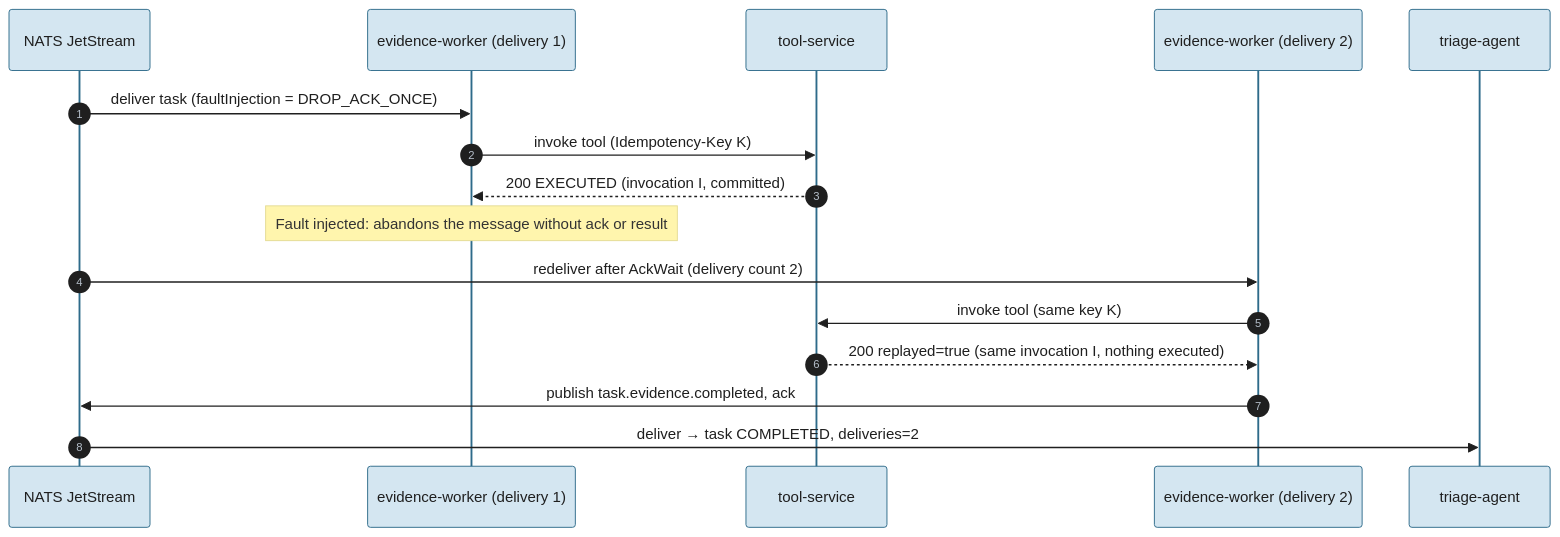
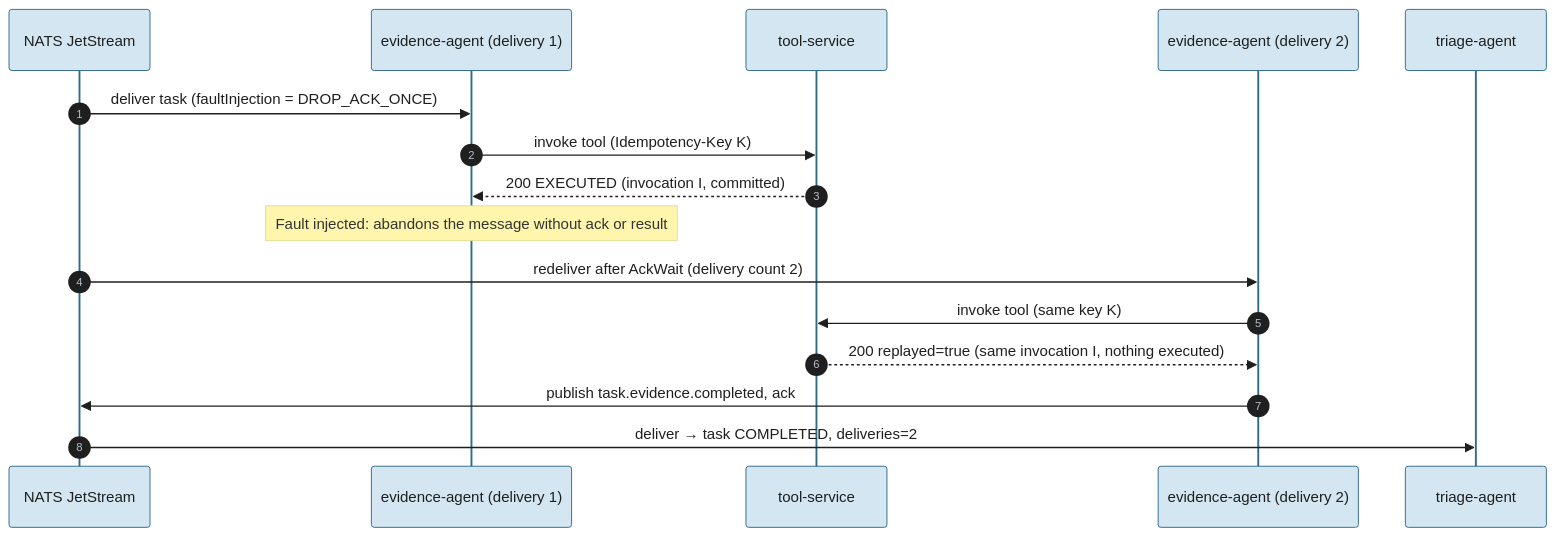
The sixth of 7 diagrams in docs/architecture.md (danieloh30/many-agents-one-platform), drawn with Mermaid before and after one commit. The commit also changed other lines of this file and 81 other files, not shown here.

First line of the commit message:
Rename evidence-worker to evidence-agent

````diff
--- a/docs/architecture.md
+++ b/docs/architecture.md
@@ -318,20 +318,20 @@
 ```mermaid
 %%{init: {"look":"handDrawn","theme":"base","themeVariables":{"darkMode":false,"background":"#FFFCF5","primaryColor":"#D4E6F1","primaryBorderColor":"#2E6B8A","primaryTextColor":"#1F1F1F","secondaryColor":"#D8F0D8","secondaryTextColor":"#1F1F1F","tertiaryColor":"#E8DCC4","tertiaryTextColor":"#1F1F1F","textColor":"#1F1F1F","lineColor":"#4A4035","edgeLabelBackground":"#FFFCF5","clusterBkg":"#F5F5F0","clusterBorder":"#6B5B45","fontSize":"16px"},"flowchart":{"nodeSpacing":35,"rankSpacing":55,"padding":18,"curve":"basis"}}}%%
 sequenceDiagram
   autonumber
   participant N as NATS JetStream
-  participant E1 as evidence-worker (delivery 1)
+  participant E1 as evidence-agent (delivery 1)
   participant TS as tool-service
-  participant E2 as evidence-worker (delivery 2)
+  participant E2 as evidence-agent (delivery 2)
   participant T as triage-agent
 
   N->>E1: deliver task (faultInjection = DROP_ACK_ONCE)
   E1->>TS: invoke tool (Idempotency-Key K)
   TS-->>E1: 200 EXECUTED (invocation I, committed)
   Note over E1: Fault injected: abandons the message without ack or result
   N->>E2: redeliver after AckWait (delivery count 2)
   E2->>TS: invoke tool (same key K)
   TS-->>E2: 200 replayed=true (same invocation I, nothing executed)
   E2->>N: publish task.evidence.completed, ack
   N->>T: deliver → task COMPLETED, deliveries=2
 ```
````
